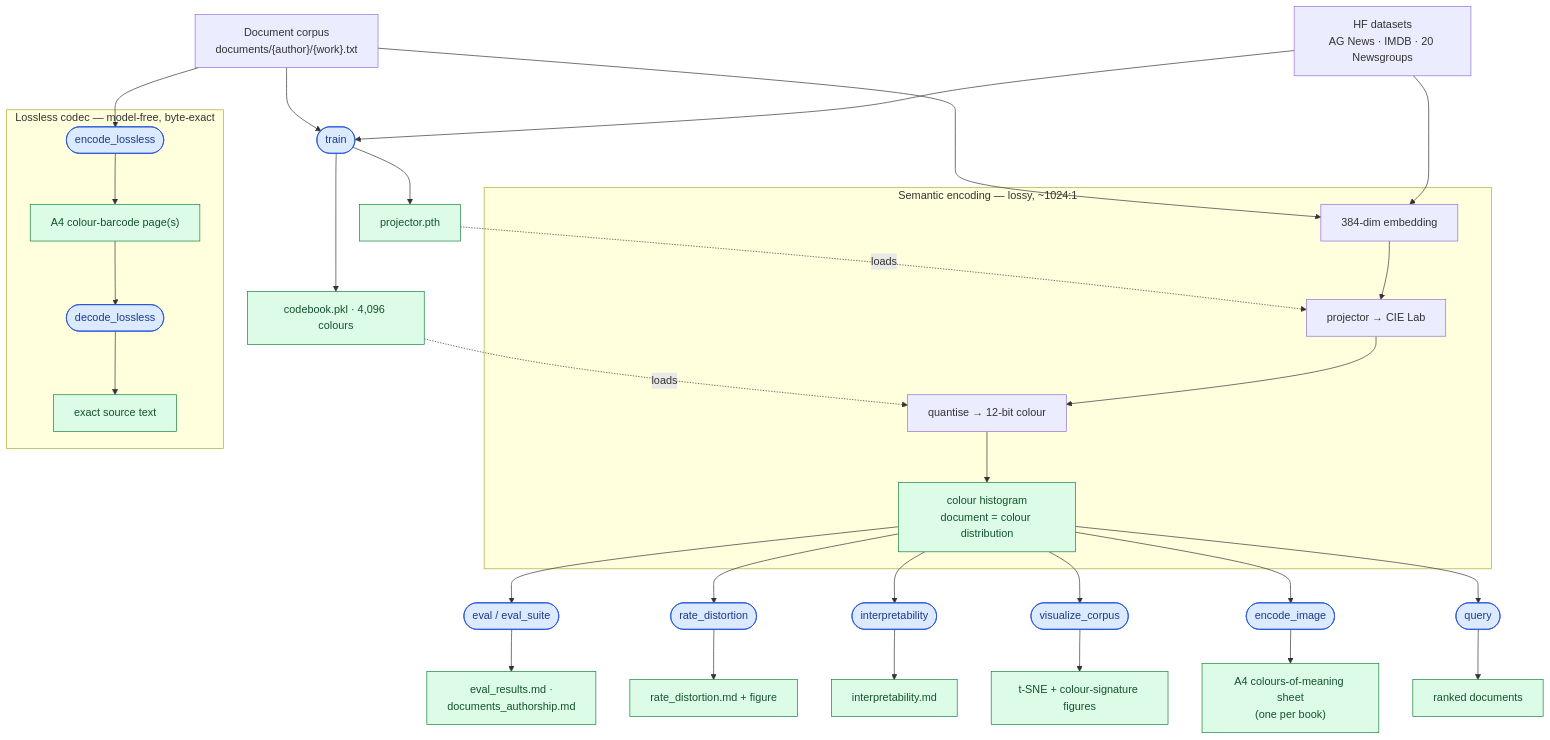
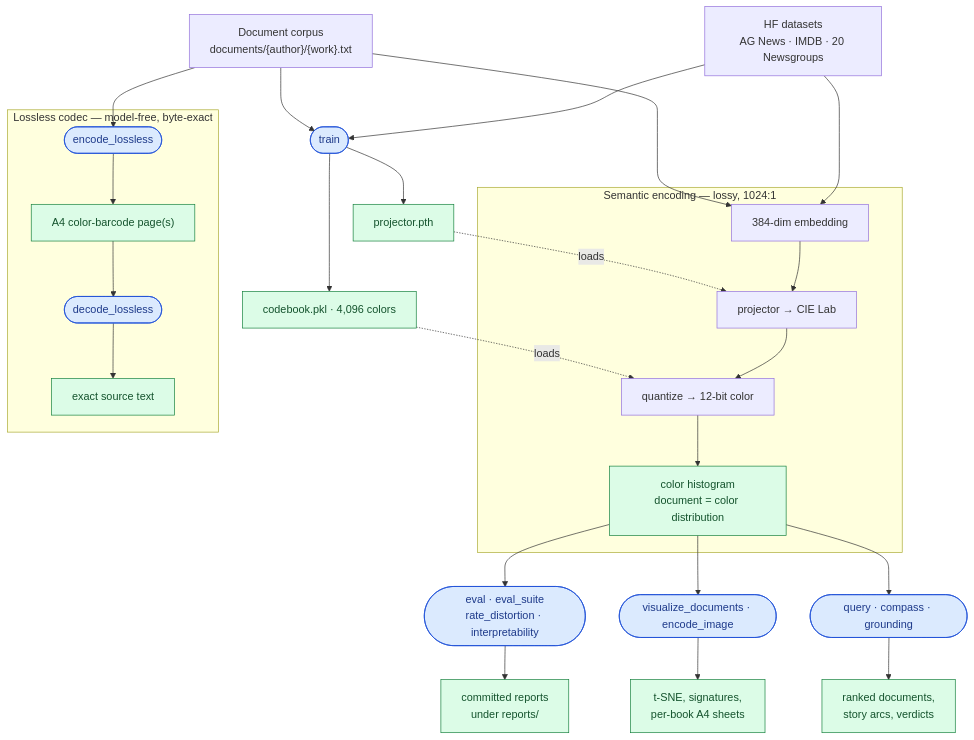
The diagram in README.MD (Qualis/colors-of-meaning), drawn with Mermaid before and after one commit. The commit also changed other lines of this file and 5 other files, not shown here.

````diff
--- a/README.MD
+++ b/README.MD
@@ -73,46 +171,36 @@
 ```mermaid
 flowchart TD
     classDef proc fill:#dbeafe,stroke:#1d4ed8,color:#1e3a8a;
     classDef art fill:#dcfce7,stroke:#15803d,color:#14532d;
 
     HF["HF datasets<br/>AG News · IMDB · 20 Newsgroups"]
     DOCS["Document corpus<br/>documents/{author}/{work}.txt"]
 
-    %% training produces the artifacts the encoder loads
     HF --> TRAIN(["train"])
     DOCS --> TRAIN
     TRAIN --> MODEL["projector.pth"]
-    TRAIN --> CB["codebook.pkl · 4,096 colours"]
+    TRAIN --> CB["codebook.pkl · 4,096 colors"]
 
-    %% semantic encoding pipeline (lossy, ~1024:1)
-    subgraph ENCODE["Semantic encoding — lossy, ~1024:1"]
-        EMB["384-dim embedding"] --> PROJ["projector → CIE Lab"] --> QZ["quantise → 12-bit colour"] --> HIST["colour histogram<br/>document = colour distribution"]
+    subgraph ENCODE["Semantic encoding — lossy, 1024:1"]
+        EMB["384-dim embedding"] --> PROJ["projector → CIE Lab"] --> QZ["quantize → 12-bit color"] --> HIST["color histogram<br/>document = color distribution"]
     end
     HF --> EMB
     DOCS --> EMB
     MODEL -. loads .-> PROJ
     CB -. loads .-> QZ
 
-    %% downstream processes → artifacts
-    HIST --> EVAL(["eval / eval_suite"])
-    HIST --> RD(["rate_distortion"])
-    HIST --> INT(["interpretability"])
-    HIST --> VIS(["visualize_corpus"])
-    HIST --> EIMG(["encode_image"])
-    HIST --> QRY(["query"])
-    EVAL --> A1["eval_results.md ·<br/>documents_authorship.md"]
-    RD --> A2["rate_distortion.md + figure"]
-    INT --> A3["interpretability.md"]
-    VIS --> A4["t-SNE + colour-signature figures"]
-    EIMG --> A5["A4 colours-of-meaning sheet<br/>(one per book)"]
-    QRY --> A6["ranked documents"]
+    HIST --> EVAL(["eval · eval_suite<br/>rate_distortion · interpretability"])
+    HIST --> VIS(["visualize_documents · encode_image"])
+    HIST --> QRY(["query · compass · grounding"])
+    EVAL --> A1["committed reports<br/>under reports/"]
+    VIS --> A2["t-SNE, signatures,<br/>per-book A4 sheets"]
+    QRY --> A3["ranked documents,<br/>story arcs, verdicts"]
 
-    %% lossless codec — model-free, byte-exact
     subgraph LOSSLESS["Lossless codec — model-free, byte-exact"]
-        ELL(["encode_lossless"]) --> BAR["A4 colour-barcode page(s)"] --> DLL(["decode_lossless"]) --> EXACT["exact source text"]
+        ELL(["encode_lossless"]) --> BAR["A4 color-barcode page(s)"] --> DLL(["decode_lossless"]) --> EXACT["exact source text"]
     end
     DOCS --> ELL
 
-    class TRAIN,EVAL,RD,INT,VIS,EIMG,QRY,ELL,DLL proc;
-    class MODEL,CB,HIST,A1,A2,A3,A4,A5,A6,BAR,EXACT art;
+    class TRAIN,EVAL,VIS,QRY,ELL,DLL proc;
+    class MODEL,CB,HIST,A1,A2,A3,BAR,EXACT art;
 ```
````
